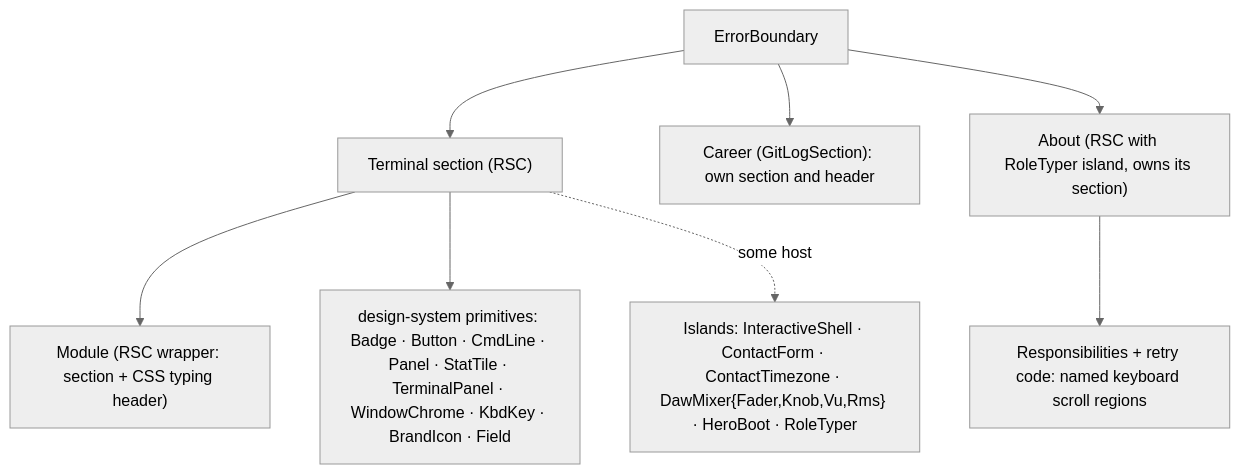
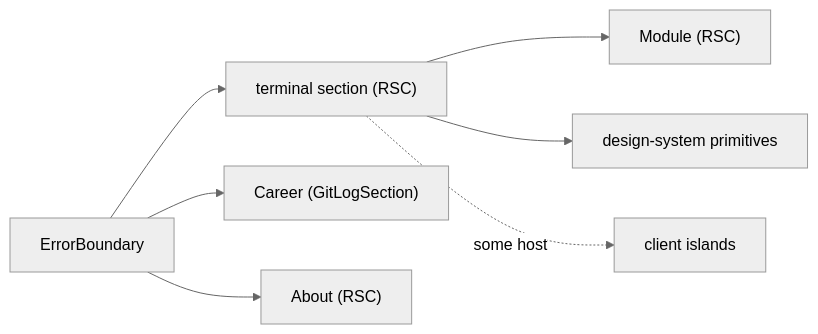
Before and after one commit to erikunha/portfolio: the third of 5 diagrams in docs/04-components-and-state.md, drawn with Mermaid (neutral theme). The commit also changed other lines of this file and 1454 other files, not shown here.

First line of the commit message:
refactor(architecture): milestones M0 to M14 and native ci:full (#423)

````diff
--- a/docs/04-components-and-state.md
+++ b/docs/04-components-and-state.md
@@ -80,10 +83,8 @@
 ```mermaid
-flowchart TD
-    eb["ErrorBoundary"] --> sec["Terminal section (RSC)"]
-    sec --> mod["Module (RSC wrapper: section + CSS typing header)"]
-    sec --> dsp["design-system primitives: Badge · Button · CmdLine · Panel · StatTile · TerminalPanel · WindowChrome · KbdKey · BrandIcon · Field"]
-    sec -. some host .-> isl["Islands: InteractiveShell · ContactForm · ContactTimezone · DawMixer{Fader,Knob,Vu,Rms} · HeroBoot · RoleTyper"]
-    eb --> career["Career (GitLogSection): own section and header"]
-    eb --> about["About (RSC with RoleTyper island, owns its section)"]
-    about --> scroll["Responsibilities + retry code: named keyboard scroll regions"]
+flowchart LR
+    eb["ErrorBoundary"] --> sec["terminal section (RSC)"] --> mod["Module (RSC)"]
+    sec --> ds["design-system primitives"]
+    sec -.->|some host| isl["client islands"]
+    eb --> career["Career (GitLogSection)"]
+    eb --> about["About (RSC)"]
 ```
````
